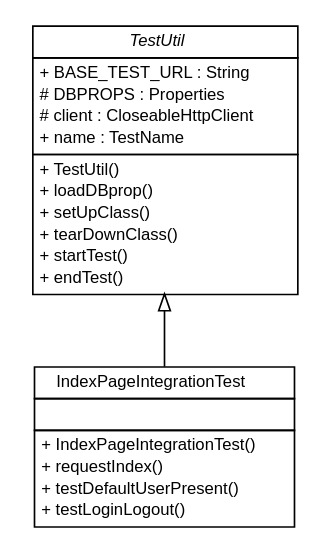
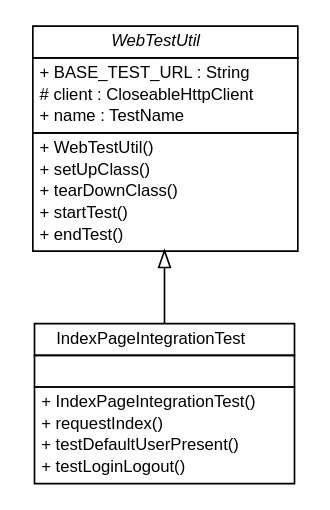
The diagram in brmo-service/testapidocs/nl/b3p/web/nl.b3p.web.dot (B3Partners/brmo), drawn with Graphviz before and after one commit. The commit also changed 229 other files, not shown here.

```diff
--- a/brmo-service/testapidocs/nl/b3p/web/nl.b3p.web.dot
+++ b/brmo-service/testapidocs/nl/b3p/web/nl.b3p.web.dot
@@ -1,49 +1,47 @@
 #!/usr/local/bin/dot
 #
 # Class diagram 
 # Generated by UMLGraph version R5_6-24-gf6e263 (http://www.umlgraph.org/)
 #
 
 digraph G {
 	edge [fontname="Helvetica",fontsize=10,labelfontname="Helvetica",labelfontsize=10];
 	node [fontname="Helvetica",fontsize=10,shape=plaintext];
 	nodesep=0.25;
 	ranksep=0.5;
 	// nl.b3p.web.IndexPageIntegrationTest
 	c0 [label=<<table title="nl.b3p.web.IndexPageIntegrationTest" border="0" cellborder="1" cellspacing="0" cellpadding="2" port="p" href="./IndexPageIntegrationTest.html">
 		<tr><td><table border="0" cellspacing="0" cellpadding="1">
 <tr><td align="center" balign="center"> IndexPageIntegrationTest </td></tr>
 		</table></td></tr>
 		<tr><td><table border="0" cellspacing="0" cellpadding="1">
 <tr><td align="left" balign="left">  </td></tr>
 		</table></td></tr>
 		<tr><td><table border="0" cellspacing="0" cellpadding="1">
 <tr><td align="left" balign="left"> + IndexPageIntegrationTest() </td></tr>
 <tr><td align="left" balign="left"> + requestIndex() </td></tr>
 <tr><td align="left" balign="left"> + testDefaultUserPresent() </td></tr>
 <tr><td align="left" balign="left"> + testLoginLogout() </td></tr>
 		</table></td></tr>
 		</table>>, URL="./IndexPageIntegrationTest.html", fontname="Helvetica", fontcolor="black", fontsize=10.0];
-	// nl.b3p.web.TestUtil
-	c1 [label=<<table title="nl.b3p.web.TestUtil" border="0" cellborder="1" cellspacing="0" cellpadding="2" port="p" href="./TestUtil.html">
+	// nl.b3p.web.WebTestUtil
+	c1 [label=<<table title="nl.b3p.web.WebTestUtil" border="0" cellborder="1" cellspacing="0" cellpadding="2" port="p" href="./WebTestUtil.html">
 		<tr><td><table border="0" cellspacing="0" cellpadding="1">
-<tr><td align="center" balign="center"><font face="Helvetica-Oblique"> TestUtil </font></td></tr>
+<tr><td align="center" balign="center"><font face="Helvetica-Oblique"> WebTestUtil </font></td></tr>
 		</table></td></tr>
 		<tr><td><table border="0" cellspacing="0" cellpadding="1">
 <tr><td align="left" balign="left"> + BASE_TEST_URL : String </td></tr>
-<tr><td align="left" balign="left"> # DBPROPS : Properties </td></tr>
 <tr><td align="left" balign="left"> # client : CloseableHttpClient </td></tr>
 <tr><td align="left" balign="left"> + name : TestName </td></tr>
 		</table></td></tr>
 		<tr><td><table border="0" cellspacing="0" cellpadding="1">
-<tr><td align="left" balign="left"> + TestUtil() </td></tr>
-<tr><td align="left" balign="left"> + loadDBprop() </td></tr>
+<tr><td align="left" balign="left"> + WebTestUtil() </td></tr>
 <tr><td align="left" balign="left"> + setUpClass() </td></tr>
 <tr><td align="left" balign="left"> + tearDownClass() </td></tr>
 <tr><td align="left" balign="left"> + startTest() </td></tr>
 <tr><td align="left" balign="left"> + endTest() </td></tr>
 		</table></td></tr>
-		</table>>, URL="./TestUtil.html", fontname="Helvetica", fontcolor="black", fontsize=10.0];
-	//nl.b3p.web.IndexPageIntegrationTest extends nl.b3p.web.TestUtil
+		</table>>, URL="./WebTestUtil.html", fontname="Helvetica", fontcolor="black", fontsize=10.0];
+	//nl.b3p.web.IndexPageIntegrationTest extends nl.b3p.web.WebTestUtil
 	c1:p -> c0:p [dir=back,arrowtail=empty];
 }
```
